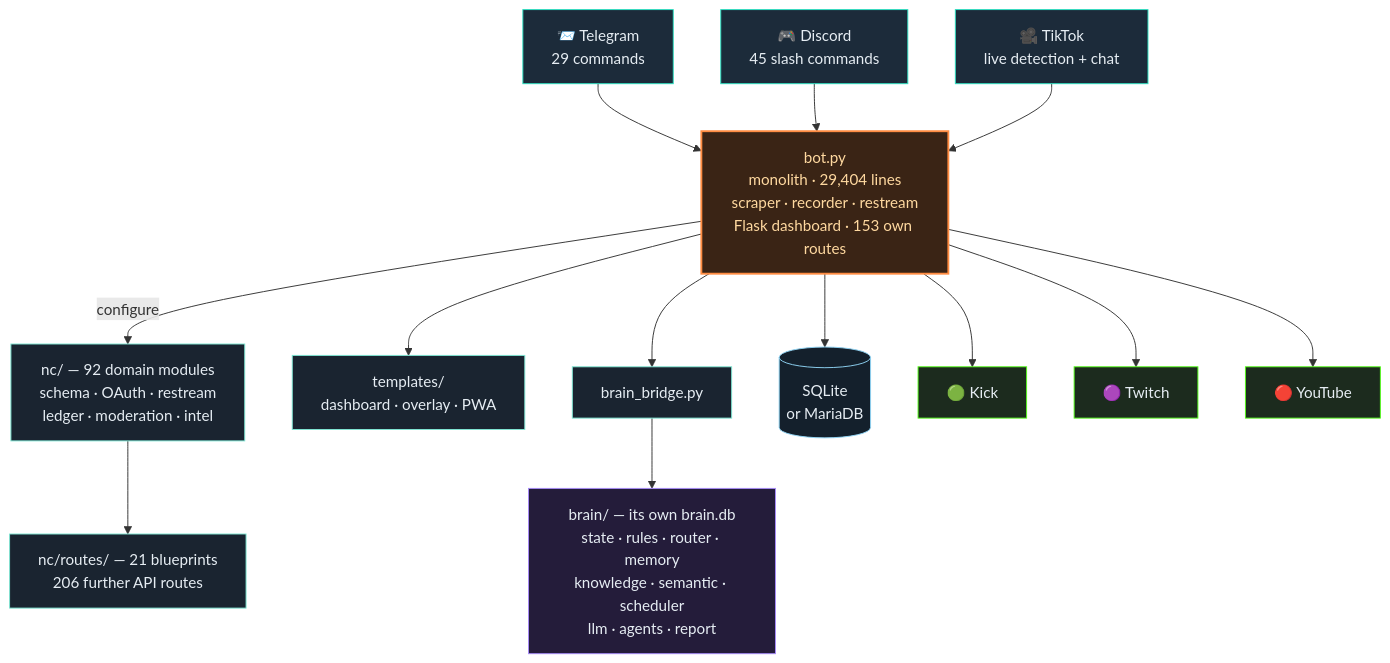
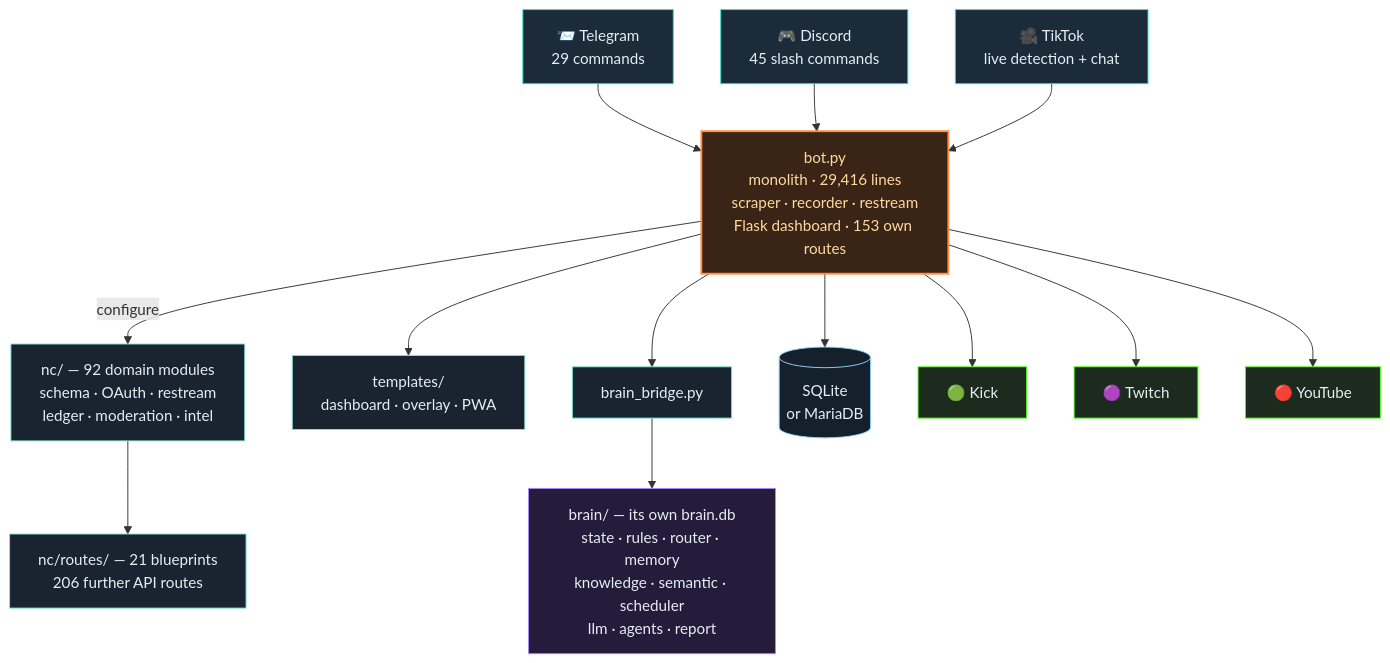
The third of 4 diagrams in README.en.md (itsamemedev/Telegram-Stream-Info-Bot), drawn with Mermaid before and after one commit. The commit also changed other lines of this file and 11 other files, not shown here.

First line of the commit message:
AZRAELs Claude-Pfad sagte nicht, warum er scheitert (#19)

````diff
--- a/README.en.md
+++ b/README.en.md
@@ -190,30 +190,30 @@
 ```mermaid
 flowchart TB
     TG["📨 Telegram<br/>29 commands"]:::ein
     DC["🎮 Discord<br/>45 slash commands"]:::ein
     TT["🎥 TikTok<br/>live detection + chat"]:::ein
 
     TG --> BOT
     DC --> BOT
     TT --> BOT
 
-    BOT["bot.py<br/>monolith · 29,404 lines<br/>scraper · recorder · restream<br/>Flask dashboard · 153 own routes"]:::core
+    BOT["bot.py<br/>monolith · 29,416 lines<br/>scraper · recorder · restream<br/>Flask dashboard · 153 own routes"]:::core
 
     BOT -->|configure| NC["nc/ — 92 domain modules<br/>schema · OAuth · restream<br/>ledger · moderation · intel"]:::lib
     NC --> RT["nc/routes/ — 21 blueprints<br/>206 further API routes"]:::lib
     BOT --> TPL["templates/<br/>dashboard · overlay · PWA"]:::lib
     BOT --> BR["brain_bridge.py"]:::lib
     BR --> BRAIN["brain/ — its own brain.db<br/>state · rules · router · memory<br/>knowledge · semantic · scheduler<br/>llm · agents · report"]:::brain
     BOT --> DB[("SQLite<br/>or MariaDB")]:::db
 
     BOT --> KICK["🟢 Kick"]:::out
     BOT --> TW["🟣 Twitch"]:::out
     BOT --> YT["🔴 YouTube"]:::out
 
     classDef ein fill:#1c2b3a,stroke:#2de1c2,color:#e6edf3
     classDef core fill:#3a2415,stroke:#ff8c42,stroke-width:2px,color:#ffd9a0
     classDef lib fill:#1a2430,stroke:#7fe7d4,color:#e6edf3
     classDef brain fill:#241c3a,stroke:#a78bfa,color:#e6edf3
     classDef db fill:#14202c,stroke:#8fd3f4,color:#e6edf3
     classDef out fill:#1c2b1e,stroke:#53fc18,color:#e6edf3
 ```
````
